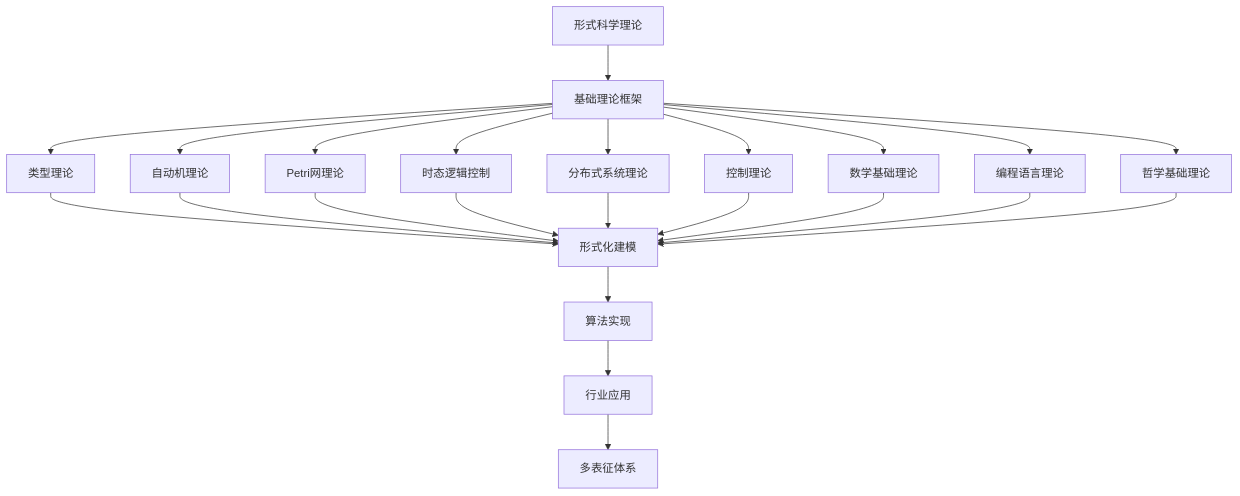
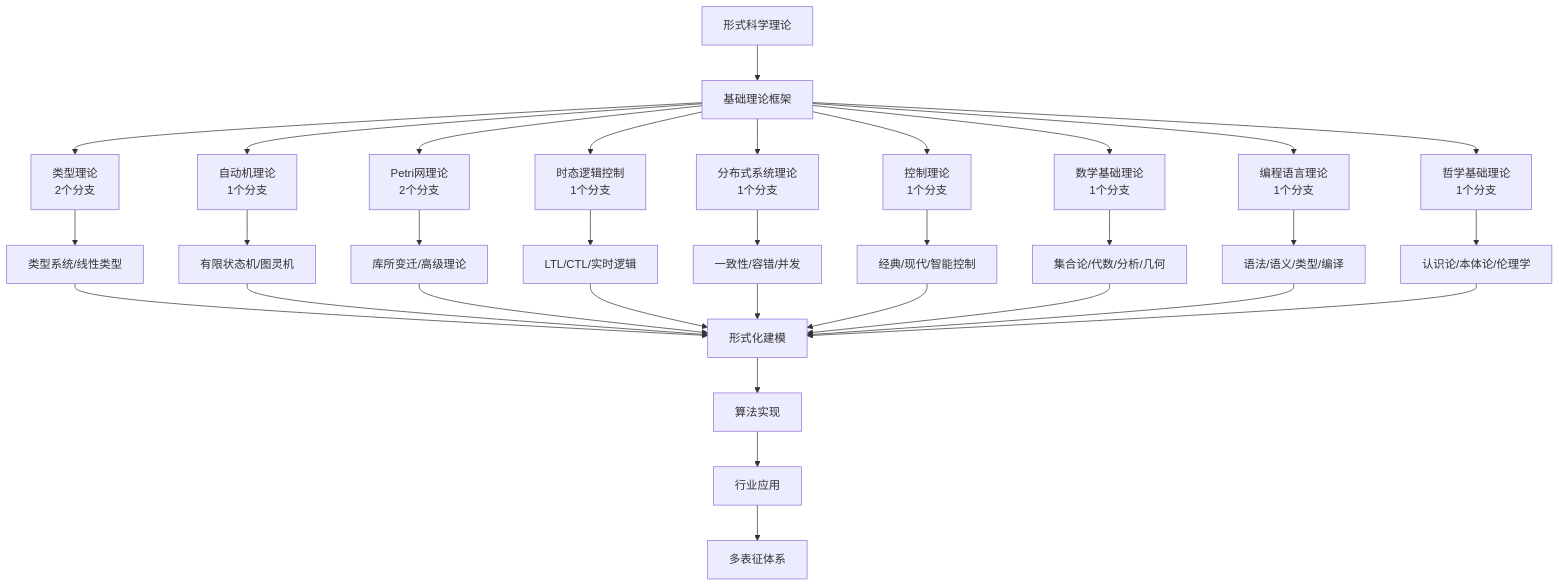
The diagram in Analysis/2-形式科学理论/README.md (AdaMartin18010/Data-Science), drawn with Mermaid before and after one commit. The commit also changed other lines of this file and 12 other files, not shown here.

````diff
--- a/Analysis/2-形式科学理论/README.md
+++ b/Analysis/2-形式科学理论/README.md
@@ -112,17 +112,28 @@
 ```mermaid
 flowchart TD
   A[形式科学理论] --> B[基础理论框架]
-  B --> C1[类型理论]
-  B --> C2[自动机理论]
-  B --> C3[Petri网理论]
-  B --> C4[时态逻辑控制]
-  B --> C5[分布式系统理论]
-  B --> C6[控制理论]
-  B --> C7[数学基础理论]
-  B --> C8[编程语言理论]
-  B --> C9[哲学基础理论]
-  C1 & C2 & C3 & C4 & C5 & C6 & C7 & C8 & C9 --> D[形式化建模]
-  D --> E[算法实现]
-  E --> F[行业应用]
-  F --> G[多表征体系]
+  B --> C1[类型理论<br/>2个分支]
+  B --> C2[自动机理论<br/>1个分支]
+  B --> C3[Petri网理论<br/>2个分支]
+  B --> C4[时态逻辑控制<br/>1个分支]
+  B --> C5[分布式系统理论<br/>1个分支]
+  B --> C6[控制理论<br/>1个分支]
+  B --> C7[数学基础理论<br/>1个分支]
+  B --> C8[编程语言理论<br/>1个分支]
+  B --> C9[哲学基础理论<br/>1个分支]
+  
+  C1 --> D[类型系统/线性类型]
+  C2 --> E[有限状态机/图灵机]
+  C3 --> F[库所变迁/高级理论]
+  C4 --> G[LTL/CTL/实时逻辑]
+  C5 --> H[一致性/容错/并发]
+  C6 --> I[经典/现代/智能控制]
+  C7 --> J[集合论/代数/分析/几何]
+  C8 --> K[语法/语义/类型/编译]
+  C9 --> L[认识论/本体论/伦理学]
+  
+  D & E & F & G & H & I & J & K & L --> M[形式化建模]
+  M --> N[算法实现]
+  N --> O[行业应用]
+  O --> P[多表征体系]
 ```
````
